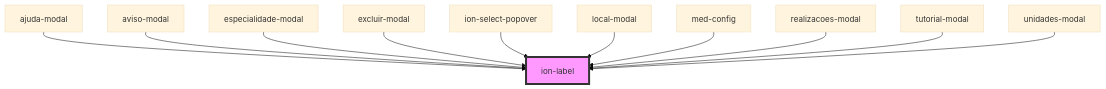
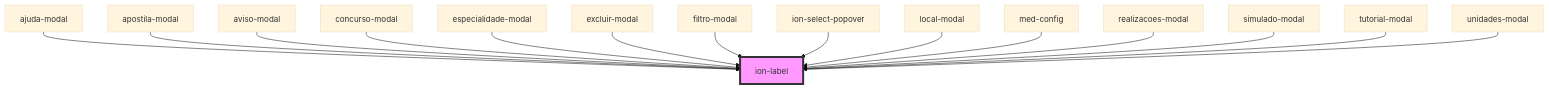
One commit to MEDGRUPOGIT/ionic-framework-1 changed the diagram in core/src/components/label/readme.md. Above: the diagram before and after it, drawn with Mermaid (base theme). The commit also changed other lines of this file and 37 other files, not shown here.

````diff
--- a/core/src/components/label/readme.md
+++ b/core/src/components/label/readme.md
@@ -318,14 +322,18 @@
 ```mermaid
 graph TD;
   ajuda-modal --> ion-label
+  apostila-modal --> ion-label
   aviso-modal --> ion-label
+  concurso-modal --> ion-label
   especialidade-modal --> ion-label
   excluir-modal --> ion-label
+  filtro-modal --> ion-label
   ion-select-popover --> ion-label
   local-modal --> ion-label
   med-config --> ion-label
   realizacoes-modal --> ion-label
+  simulado-modal --> ion-label
   tutorial-modal --> ion-label
   unidades-modal --> ion-label
   style ion-label fill:#f9f,stroke:#333,stroke-width:4px
 ```
````
